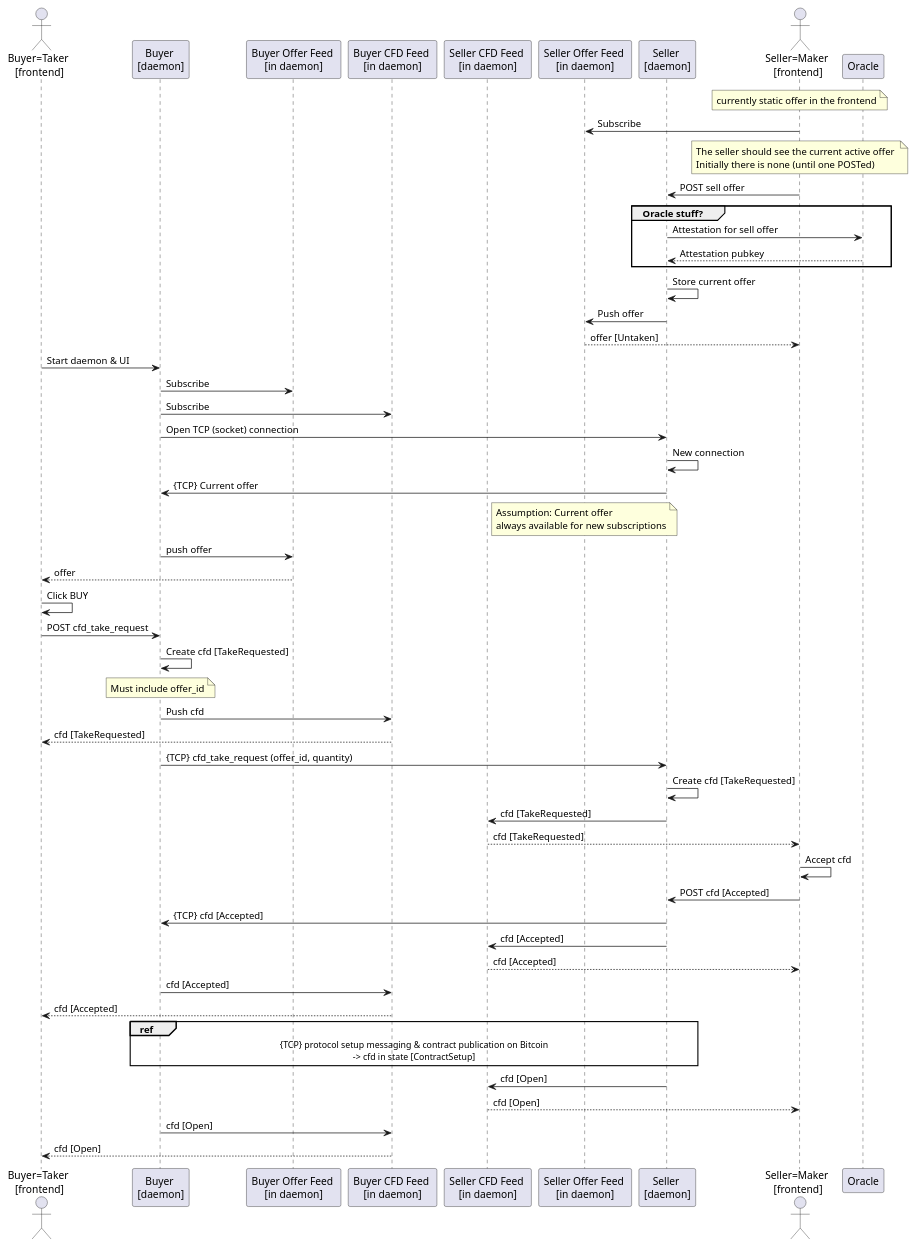
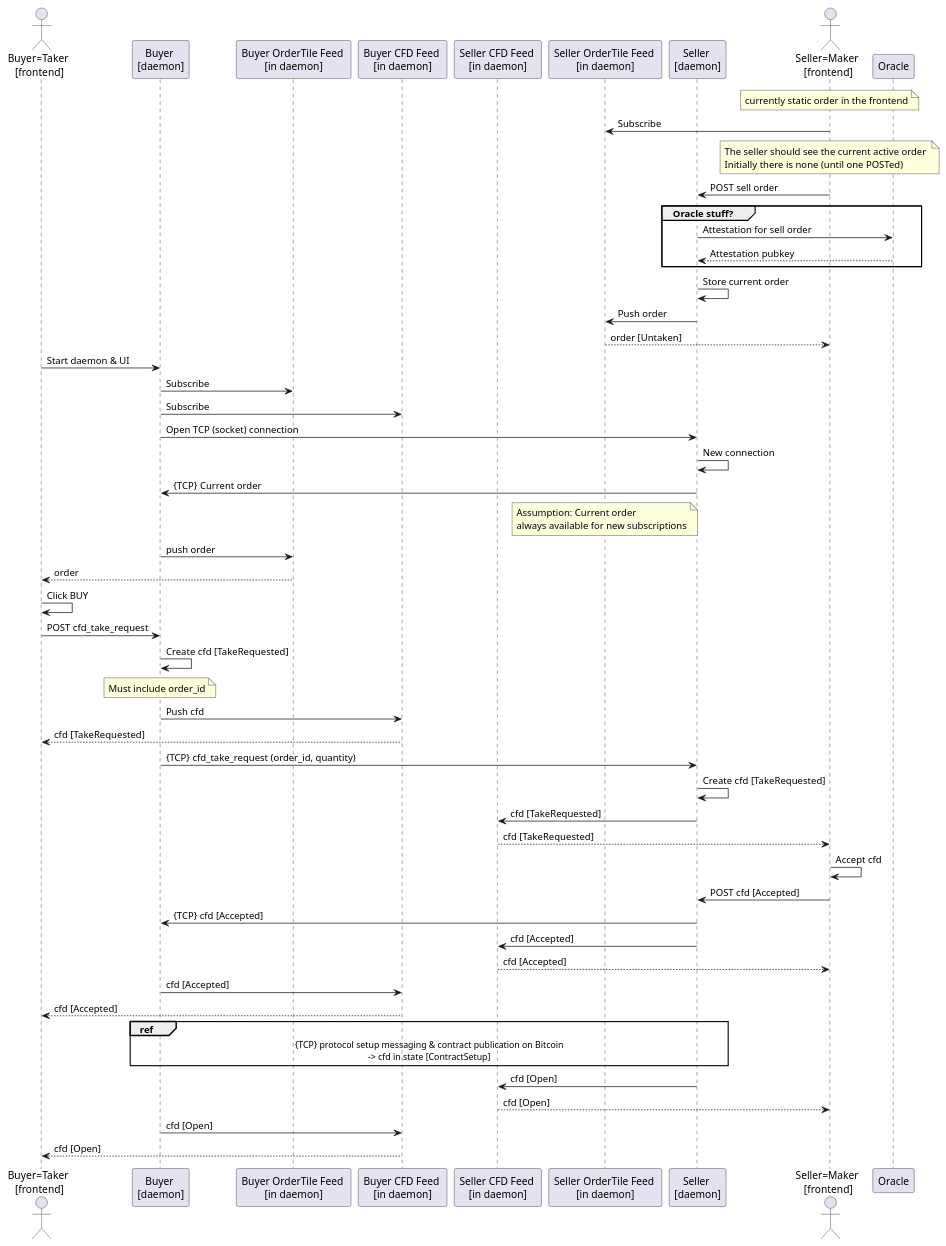
One commit to get10101/itchysats changed the diagram in docs/asset/mvp_maker_taker_messaging.puml. Above: the diagram before and after it, drawn with PlantUML. The commit also changed 21 other files, not shown here.

Commit message:
Rename offer to order. Everywhere!!!

```diff
--- a/docs/asset/mvp_maker_taker_messaging.puml
+++ b/docs/asset/mvp_maker_taker_messaging.puml
@@ -1,67 +1,67 @@
 @startuml
 
 actor "Buyer=Taker \n[frontend]" as Buyer
 participant "Buyer \n[daemon]" as BuyerApp
-participant "Buyer Offer Feed \n[in daemon]" as BuyerOfferFeed
+participant "Buyer OrderTile Feed \n[in daemon]" as BuyerOrderFeed
 participant "Buyer CFD Feed \n[in daemon]" as BuyerCfdFeed
 participant "Seller CFD Feed \n[in daemon]" as SellerCfdFeed
-participant "Seller Offer Feed \n[in daemon]" as SellerOfferFeed
+participant "Seller OrderTile Feed \n[in daemon]" as SellerOrderFeed
 participant "Seller \n[daemon]" as SellerApp
 actor "Seller=Maker \n[frontend]" as Seller
 participant Oracle as Oracle
 
-note over Seller : currently static offer in the frontend
-Seller -> SellerOfferFeed: Subscribe
-note over Seller: The seller should see the current active offer \nInitially there is none (until one POSTed)
-Seller -> SellerApp: POST sell offer
+note over Seller : currently static order in the frontend
+Seller -> SellerOrderFeed: Subscribe
+note over Seller: The seller should see the current active order \nInitially there is none (until one POSTed)
+Seller -> SellerApp: POST sell order
 
 group Oracle stuff?
-SellerApp -> Oracle: Attestation for sell offer
+SellerApp -> Oracle: Attestation for sell order
 Oracle --> SellerApp: Attestation pubkey
 end group
 
-SellerApp -> SellerApp: Store current offer
-SellerApp -> SellerOfferFeed: Push offer
-SellerOfferFeed --> Seller: offer [Untaken]
+SellerApp -> SellerApp: Store current order
+SellerApp -> SellerOrderFeed: Push order
+SellerOrderFeed --> Seller: order [Untaken]
 
 Buyer -> BuyerApp: Start daemon & UI
-BuyerApp -> BuyerOfferFeed: Subscribe
+BuyerApp -> BuyerOrderFeed: Subscribe
 BuyerApp -> BuyerCfdFeed: Subscribe
 BuyerApp -> SellerApp: Open TCP (socket) connection
 SellerApp -> SellerApp: New connection
-SellerApp -> BuyerApp: {TCP} Current offer
+SellerApp -> BuyerApp: {TCP} Current order
 
-note over SellerOfferFeed : Assumption: Current offer \nalways available for new subscriptions
-BuyerApp -> BuyerOfferFeed: push offer
-BuyerOfferFeed --> Buyer: offer
+note over SellerOrderFeed : Assumption: Current order \nalways available for new subscriptions
+BuyerApp -> BuyerOrderFeed: push order
+BuyerOrderFeed --> Buyer: order
 
 Buyer -> Buyer: Click BUY
 Buyer -> BuyerApp: POST cfd_take_request
 BuyerApp -> BuyerApp: Create cfd [TakeRequested]
-note over BuyerApp: Must include offer_id
+note over BuyerApp: Must include order_id
 
 BuyerApp -> BuyerCfdFeed: Push cfd
 BuyerCfdFeed --> Buyer: cfd [TakeRequested]
 
-BuyerApp -> SellerApp: {TCP} cfd_take_request (offer_id, quantity)
+BuyerApp -> SellerApp: {TCP} cfd_take_request (order_id, quantity)
 SellerApp -> SellerApp: Create cfd [TakeRequested]
 SellerApp -> SellerCfdFeed: cfd [TakeRequested]
 SellerCfdFeed --> Seller: cfd [TakeRequested]
 Seller -> Seller: Accept cfd
 Seller -> SellerApp: POST cfd [Accepted]
 SellerApp -> BuyerApp: {TCP} cfd [Accepted]
 SellerApp -> SellerCfdFeed: cfd [Accepted]
 SellerCfdFeed --> Seller: cfd [Accepted]
 BuyerApp -> BuyerCfdFeed: cfd [Accepted]
 BuyerCfdFeed --> Buyer: cfd [Accepted]
 
 ref over BuyerApp, SellerApp: {TCP} protocol setup messaging & contract publication on Bitcoin\n-> cfd in state [ContractSetup]
 
 SellerApp -> SellerCfdFeed: cfd [Open]
 SellerCfdFeed --> Seller: cfd [Open]
 BuyerApp -> BuyerCfdFeed: cfd [Open]
 BuyerCfdFeed --> Buyer: cfd [Open]
 
 
 
 @enduml
```
